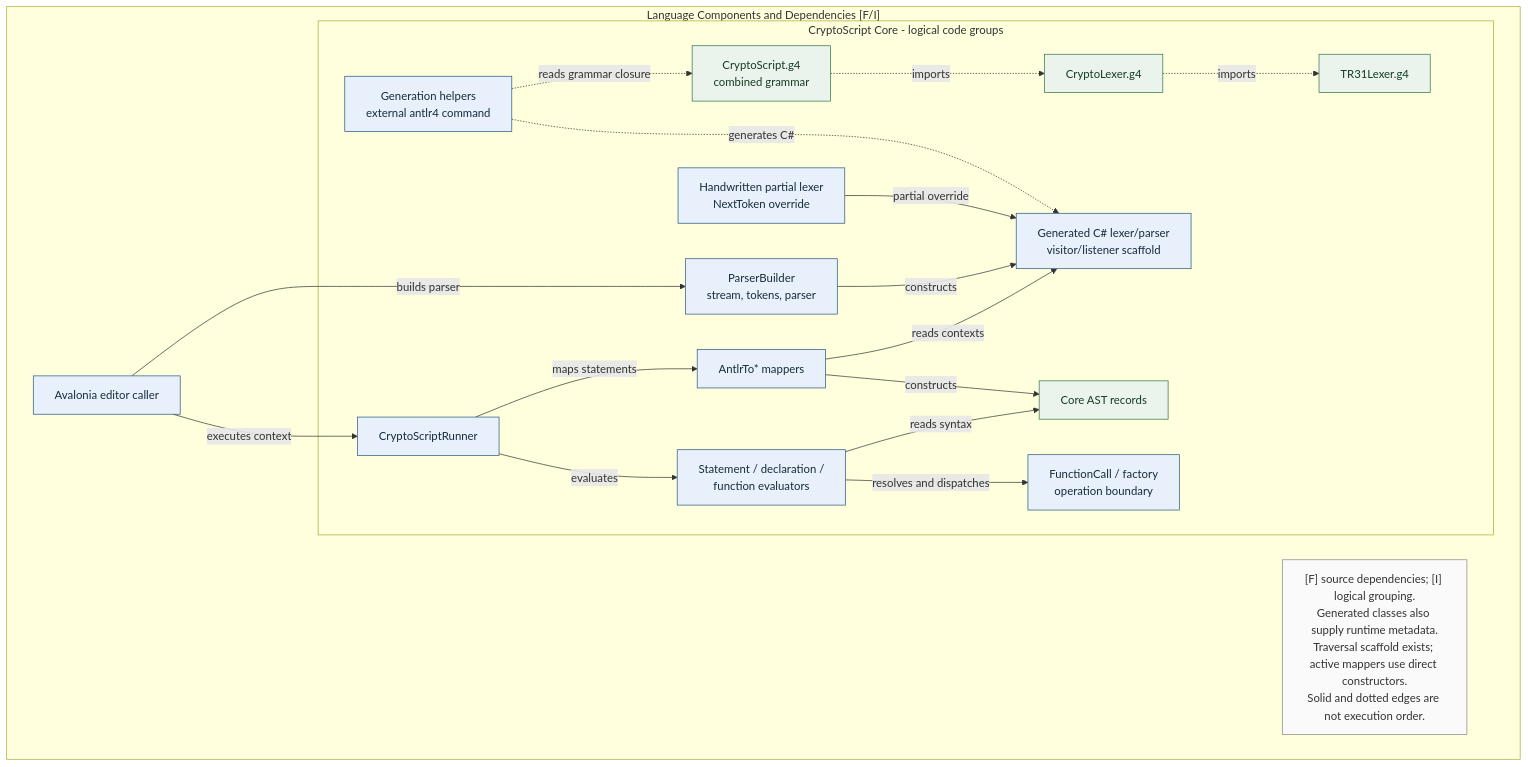
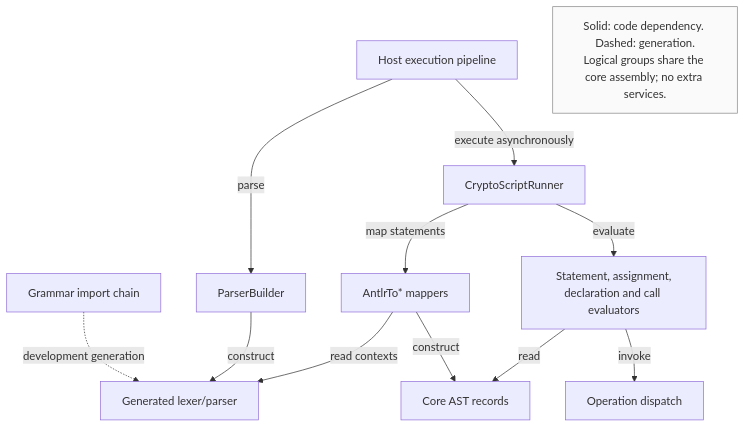
Before and after one commit to tkbss/CryptoWorkBench: the diagram in docs/architecture/diagrams/04-language-components-and-dependencies.mmd, drawn with Mermaid. The commit also changed 57 other files, not shown here.

Commit message:
docs(architecture): reconcile bilingual architecture chapters 1-4

```diff
--- a/docs/architecture/diagrams/04-language-components-and-dependencies.mmd
+++ b/docs/architecture/diagrams/04-language-components-and-dependencies.mmd
@@ -1,45 +1,25 @@
-%% Diagram: D04-COMPONENTS - Language Components and Dependencies
-%% Baseline: 29b6b36e860ff278b845ac439dd123661760d098
-%% Evidence: ../chapters/04-language-architecture.md, Source evidence L01-L08, L12-L13, L17-L20.
-%% Logical groups in one library; not deployed services. Solid: caller/dependent -> callee/dependency.
-%% Dotted: labeled grammar import or development-time generation; no automatic build generation.
+%% AR-01; baseline fbbadae2f68b015ccedfea92ce8bba4cd7737ecb; evidence R01-R16
+%% Diagram identity 04-language-components-and-dependencies.mmd
 flowchart TB
-    subgraph Diagram["Language Components and Dependencies [F/I]"]
-        GUI["Avalonia editor caller"]
-        Tool["Generation helpers<br/>external antlr4 command"]
-        subgraph Core["CryptoScript Core - logical code groups"]
-            G["CryptoScript.g4<br/>combined grammar"]
-            CL["CryptoLexer.g4"]
-            TR["TR31Lexer.g4"]
-            Generated["Generated C# lexer/parser<br/>visitor/listener scaffold"]
-            Ext["Handwritten partial lexer<br/>NextToken override"]
-            Builder["ParserBuilder<br/>stream, tokens, parser"]
-            Mapper["AntlrTo* mappers"]
-            AST["Core AST records"]
-            Runner["CryptoScriptRunner"]
-            Eval["Statement / declaration /<br/>function evaluators"]
-            Ops["FunctionCall / factory<br/>operation boundary"]
-            G -.->|imports| CL
-            CL -.->|imports| TR
-            Tool -.->|reads grammar closure| G
-            Tool -.->|generates C#| Generated
-            Ext -->|partial override| Generated
-            Builder -->|constructs| Generated
-            Mapper -->|reads contexts| Generated
-            Mapper -->|constructs| AST
-            Runner -->|maps statements| Mapper
-            Runner -->|evaluates| Eval
-            Eval -->|reads syntax| AST
-            Eval -->|resolves and dispatches| Ops
-        end
-        GUI -->|builds parser| Builder
-        GUI -->|executes context| Runner
-        Legend["[F] source dependencies; [I] logical grouping.<br/>Generated classes also supply runtime metadata.<br/>Traversal scaffold exists; active mappers use direct constructors.<br/>Solid and dotted edges are not execution order."]
-        Ops ~~~ Legend
-    end
+    Host["Host execution pipeline"]
+    Grammar["Grammar import chain"]
+    Generated["Generated lexer/parser"]
+    Parser["ParserBuilder"]
+    Map["AntlrTo* mappers"]
+    Ast["Core AST records"]
+    Runner["CryptoScriptRunner"]
+    Eval["Statement, assignment,<br/>declaration and call evaluators"]
+    Ops["Operation dispatch"]
+    Grammar -.->|"development generation"| Generated
+    Host -->|"parse"| Parser
+    Parser -->|"construct"| Generated
+    Runner -->|"map statements"| Map
+    Map -->|"construct"| Ast
+    Map -->|"read contexts"| Generated
+    Host -->|"execute asynchronously"| Runner
+    Runner -->|"evaluate"| Eval
+    Eval -->|"read"| Ast
+    Eval -->|"invoke"| Ops
+    Legend["Solid: code dependency. Dashed: generation.<br/>Logical groups share the core assembly; no extra services."]
     classDef note fill:#fafafa,stroke:#888888,color:#333333
-    classDef syntax fill:#eaf4ed,stroke:#357348,color:#173b23
-    classDef code fill:#e8f1fb,stroke:#285780,color:#162b3d
     class Legend note
-    class G,CL,TR,AST syntax
-    class GUI,Builder,Mapper,Runner,Eval,Ops,Generated,Ext,Tool code
```
